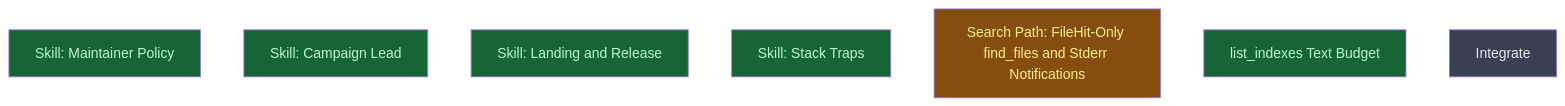
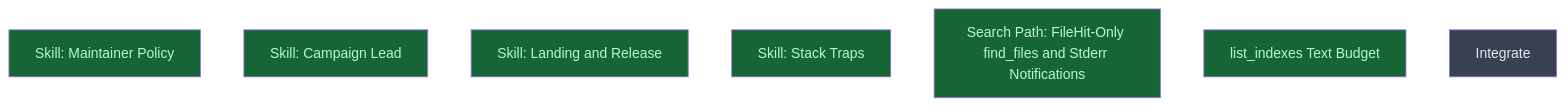
The diagram in __roadmap__/dev_plugin/README.md (CrackingShells/colgrep-mcp), drawn with Mermaid before and after one commit. The commit also changed other lines of this file, not shown here.

Commit message:
docs(roadmap): mark search_path done; depth 0 complete

````diff
--- a/__roadmap__/dev_plugin/README.md
+++ b/__roadmap__/dev_plugin/README.md
@@ -33,15 +33,15 @@
 ```mermaid
 graph TD
     skill_policy[Skill: Maintainer Policy]:::done
     skill_campaign_lead[Skill: Campaign Lead]:::done
     skill_landing_release[Skill: Landing and Release]:::done
     skill_stack_traps[Skill: Stack Traps]:::done
-    search_path[Search Path: FileHit-Only find_files and Stderr Notifications]:::inprogress
+    search_path[Search Path: FileHit-Only find_files and Stderr Notifications]:::done
     list_indexes_budget[list_indexes Text Budget]:::done
     integrate[Integrate]:::planned
     classDef done       fill:#166534,color:#bbf7d0
     classDef inprogress fill:#854d0e,color:#fef08a
     classDef planned    fill:#374151,color:#e5e7eb
     classDef amendment  fill:#1e3a5f,color:#bfdbfe
     classDef blocked    fill:#7f1d1d,color:#fecaca
 ```
````
